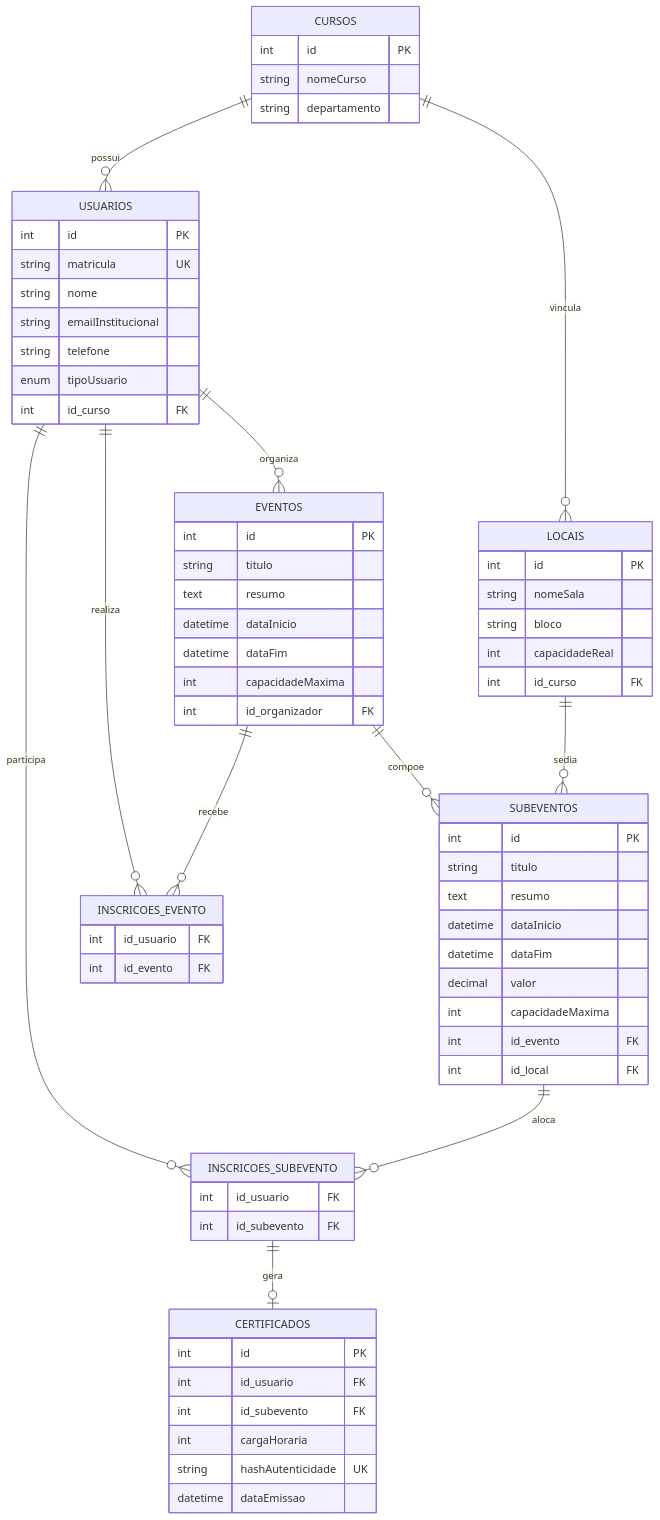
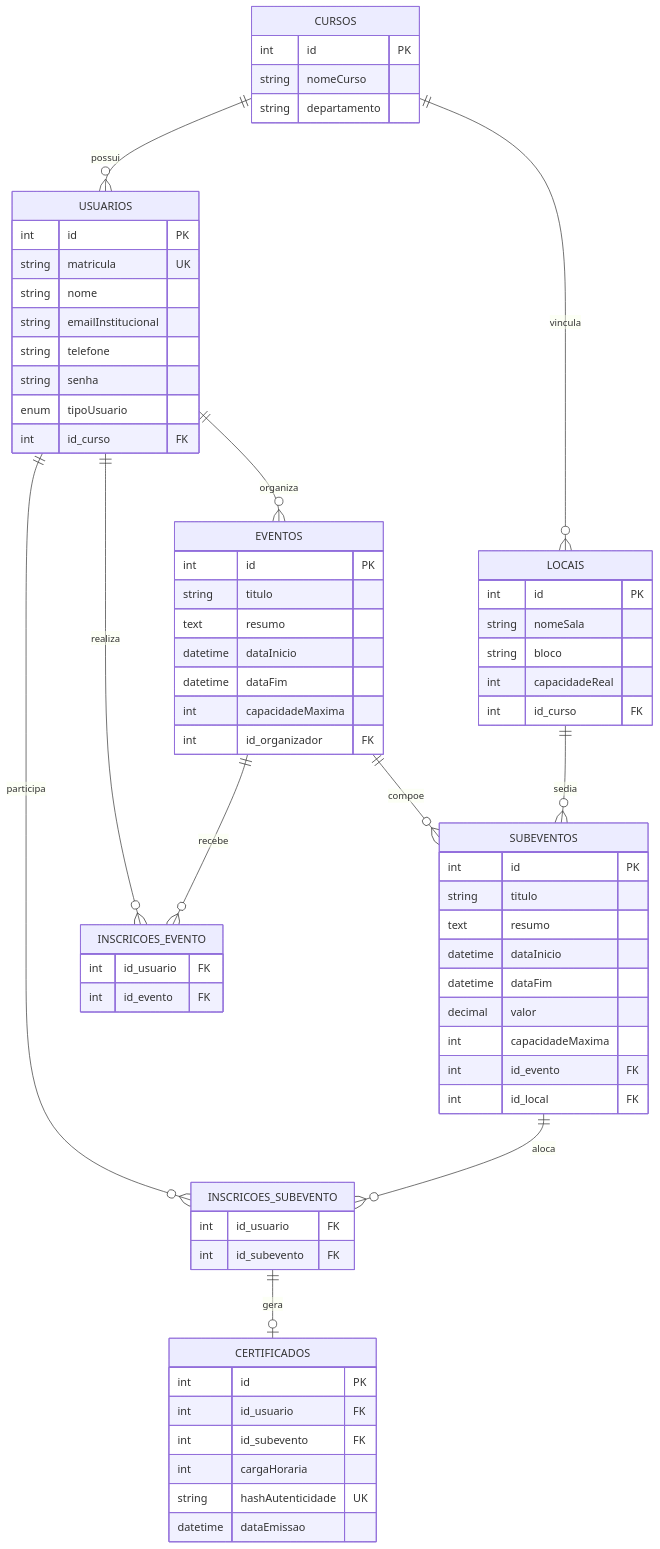
Before and after one commit to ziulalb/p1Eventos: the first of 2 diagrams in readme.md, drawn with Mermaid. The commit also changed other lines of this file, not shown here.

````diff
--- a/readme.md
+++ b/readme.md
@@ -107,81 +107,82 @@
 ```mermaid
 erDiagram
     CURSOS ||--o{ USUARIOS : "possui"
     CURSOS ||--o{ LOCAIS : "vincula"
     USUARIOS ||--o{ EVENTOS : "organiza"
     EVENTOS ||--o{ SUBEVENTOS : "compoe"
     LOCAIS ||--o{ SUBEVENTOS : "sedia"
 
     USUARIOS ||--o{ INSCRICOES_EVENTO : "realiza"
     EVENTOS ||--o{ INSCRICOES_EVENTO : "recebe"
 
     USUARIOS ||--o{ INSCRICOES_SUBEVENTO : "participa"
     SUBEVENTOS ||--o{ INSCRICOES_SUBEVENTO : "aloca"
 
     INSCRICOES_SUBEVENTO ||--o| CERTIFICADOS : "gera"
 
     CURSOS {
         int id PK
         string nomeCurso
         string departamento
     }
 
     USUARIOS {
         int id PK
         string matricula UK
         string nome
         string emailInstitucional
         string telefone
+        string senha
         enum tipoUsuario
         int id_curso FK
     }
 
     LOCAIS {
         int id PK
         string nomeSala
         string bloco
         int capacidadeReal
         int id_curso FK
     }
 
     EVENTOS {
         int id PK
         string titulo
         text resumo
         datetime dataInicio
         datetime dataFim
         int capacidadeMaxima
         int id_organizador FK
     }
 
     SUBEVENTOS {
         int id PK
         string titulo
         text resumo
         datetime dataInicio
         datetime dataFim
         decimal valor
         int capacidadeMaxima
         int id_evento FK
         int id_local FK
     }
 
     INSCRICOES_EVENTO {
         int id_usuario FK
         int id_evento FK
     }
 
     INSCRICOES_SUBEVENTO {
         int id_usuario FK
         int id_subevento FK
     }
 
     CERTIFICADOS {
         int id PK
         int id_usuario FK
         int id_subevento FK
         int cargaHoraria
         string hashAutenticidade UK
         datetime dataEmissao
     }
 ```
````
